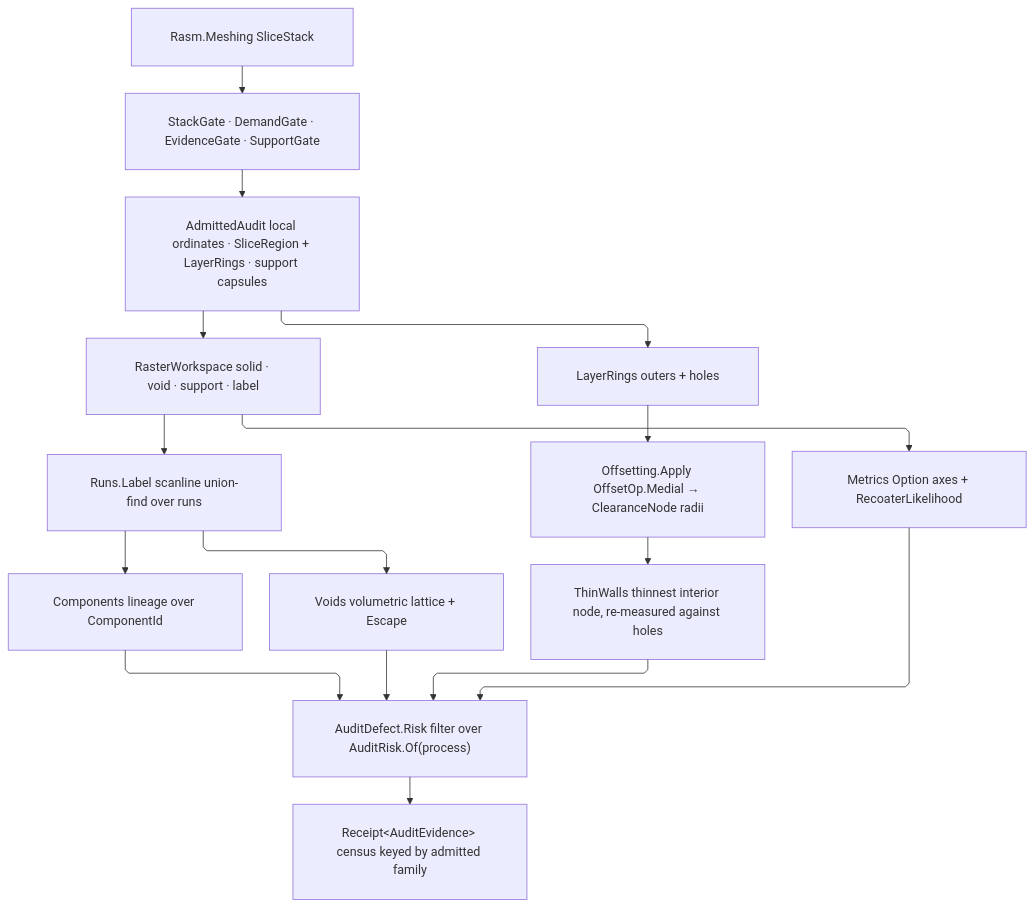
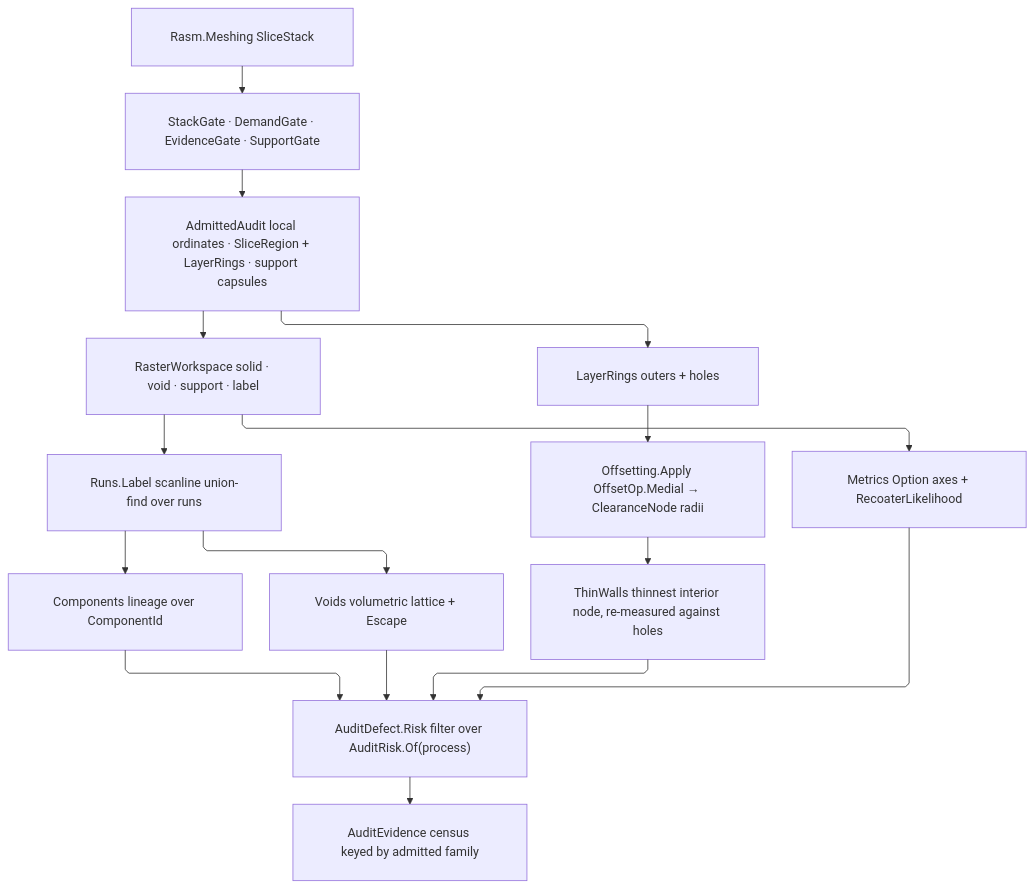
The diagram in libs/dotnet/Rasm.Fabrication/.planning/Verify/audit.md (bsamiee/Rasm), drawn with Mermaid before and after one commit. The commit also changed other lines of this file and 1417 other files, not shown here.

````diff
--- a/libs/dotnet/Rasm.Fabrication/.planning/Verify/audit.md
+++ b/libs/dotnet/Rasm.Fabrication/.planning/Verify/audit.md
@@ -1303,27 +1260,27 @@
 ```mermaid
 ---
 config:
   layout: elk
   flowchart:
     curve: linear
     padding: 25
 ---
 flowchart TB
     accTitle: Additive preflight fold
     accDescr: One slice stack admits through channel, demand, evidence, and support gates into a pooled four-plane raster workspace whose run-scanline labeling feeds component lineage, void escape, and layer metrics, while the layer rings feed the kernel medial wavefront for wall thickness, all folding into the risk-filtered defect census.
     Stack["Rasm.Meshing SliceStack"] --> Gates["StackGate · DemandGate · EvidenceGate · SupportGate"]
     Gates --> Admitted["AdmittedAudit local ordinates · SliceRegion + LayerRings · support capsules"]
     Admitted --> Planes["RasterWorkspace solid · void · support · label"]
     Admitted --> Rings["LayerRings outers + holes"]
     Planes --> Label["Runs.Label scanline union-find over runs"]
     Rings --> Field["Offsetting.Apply OffsetOp.Medial → ClearanceNode radii"]
     Label --> Components["Components lineage over ComponentId"]
     Label --> Voids["Voids volumetric lattice + Escape"]
     Field --> Walls["ThinWalls thinnest interior node, re-measured against holes"]
     Planes --> Metrics["Metrics Option axes + RecoaterLikelihood"]
     Components --> Census["AuditDefect.Risk filter over AuditRisk.Of(process)"]
     Voids --> Census
     Walls --> Census
     Metrics --> Census
-    Census --> Receipt["Receipt&lt;AuditEvidence&gt; census keyed by admitted family"]
+    Census --> Audit["AuditEvidence census keyed by admitted family"]
 ```
````
